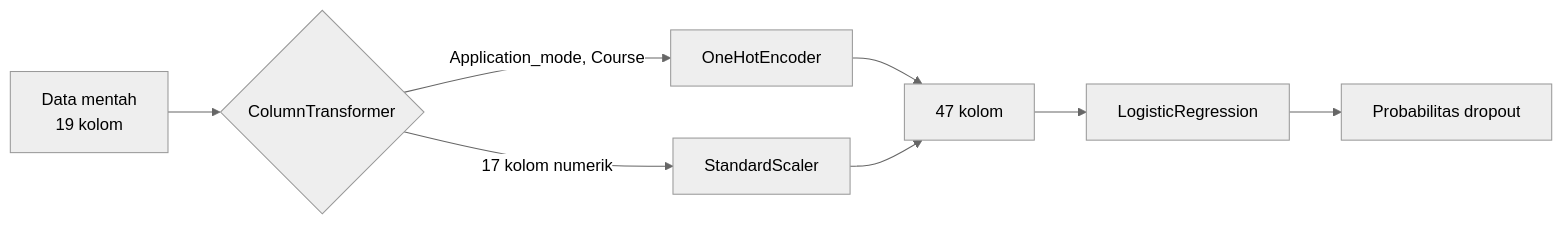
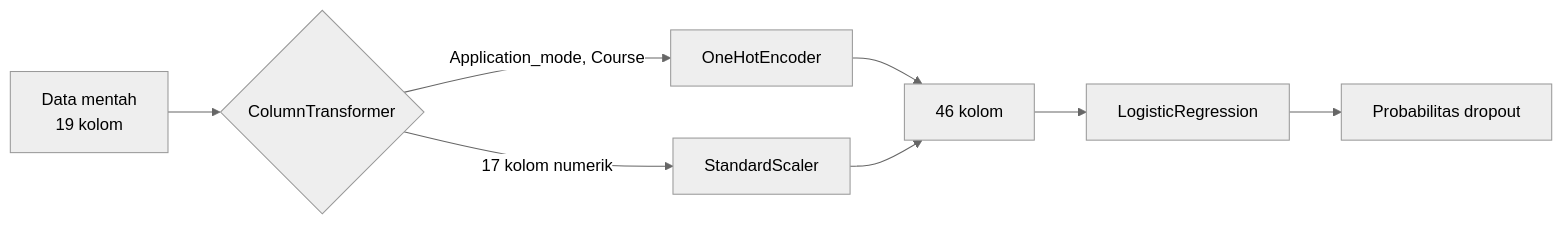
Before and after one commit to AndiArifAbdillah/jaya-jaya-institut-dropout: the second of 2 diagrams in belajar/05-persiapan-data.md, drawn with Mermaid (neutral theme). The commit also changed other lines of this file and 11 other files, not shown here.

````diff
--- a/belajar/05-persiapan-data.md
+++ b/belajar/05-persiapan-data.md
@@ -137,10 +166,10 @@
 ```mermaid
 flowchart LR
     R[Data mentah<br/>19 kolom] --> CT{ColumnTransformer}
     CT -->|Application_mode, Course| OH[OneHotEncoder]
     CT -->|17 kolom numerik| SS[StandardScaler]
-    OH --> J[47 kolom]
+    OH --> J[46 kolom]
     SS --> J
     J --> M[LogisticRegression]
     M --> P[Probabilitas dropout]
 ```
````
